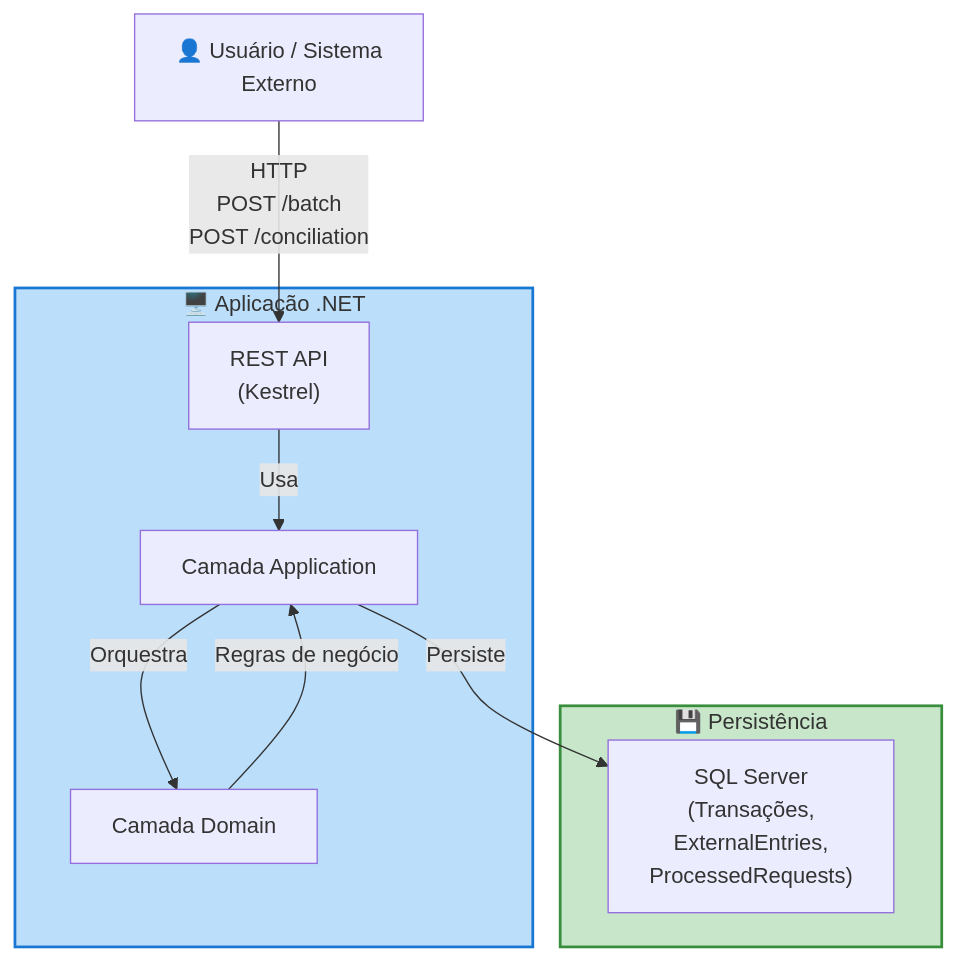
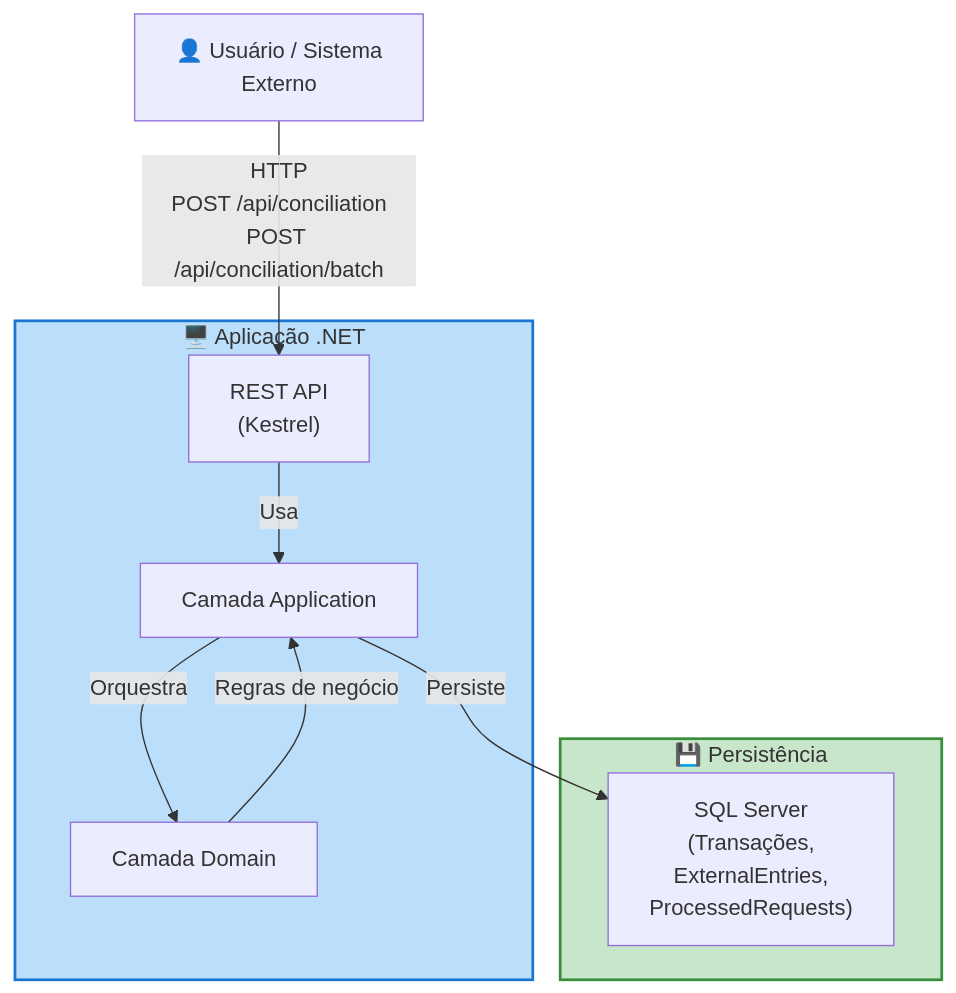
Before and after one commit to awernek/Conciliacao: the third of 12 diagrams in docs/DIAGRAMAS-PROJETO.md, drawn with Mermaid. The commit also changed other lines of this file and 40 other files, not shown here.

First line of the commit message:
feat: implement batch reconciliation flow and refactor API structure

````diff
--- a/docs/DIAGRAMAS-PROJETO.md
+++ b/docs/DIAGRAMAS-PROJETO.md
@@ -84,23 +84,23 @@
 ```mermaid
 graph TB
     User["👤 Usuário / Sistema<br/>Externo"]
 
     subgraph App["🖥️ Aplicação .NET"]
         API["REST API<br/>(Kestrel)"]
         AppLayer["Camada Application"]
         DomainLayer["Camada Domain"]
     end
 
     subgraph Data["💾 Persistência"]
         DB["SQL Server<br/>(Transações,<br/>ExternalEntries,<br/>ProcessedRequests)"]
     end
 
-    User -->|HTTP<br/>POST /batch<br/>POST /conciliation| API
+    User -->|HTTP<br/>POST /api/conciliation<br/>POST /api/conciliation/batch| API
     API -->|Usa| AppLayer
     AppLayer -->|Orquestra| DomainLayer
     AppLayer -->|Persiste| DB
     DomainLayer -->|Regras de negócio| AppLayer
 
     style App fill:#bbdefb,stroke:#1976d2,stroke-width:2px
     style Data fill:#c8e6c9,stroke:#388e3c,stroke-width:2px
 ```
````
